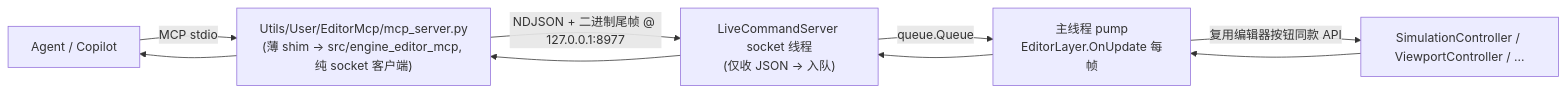
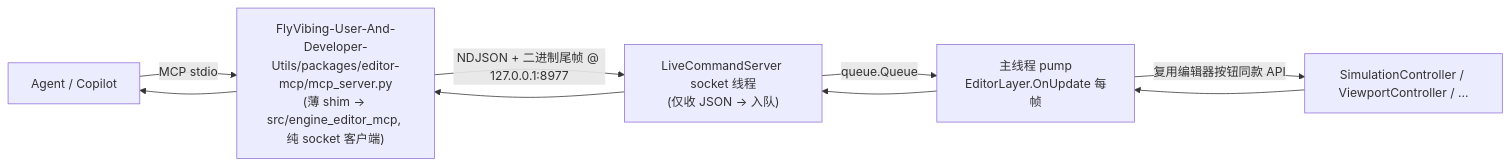
One commit to LeyeFang/FlyVibing-Engine changed the diagram in Doc/Dev/editor_live_protocol.md. Above: the diagram before and after it, drawn with Mermaid. The commit also changed other lines of this file and 59 other files, not shown here.

First line of the commit message:
Externalize user & developer toolchain to FlyVibing-User-And-Developer-Utils

````diff
--- a/Doc/Dev/editor_live_protocol.md
+++ b/Doc/Dev/editor_live_protocol.md
@@ -12,8 +12,8 @@
 ```mermaid
 flowchart LR
-    A[Agent / Copilot] -- "MCP stdio" --> B["Utils/User/EditorMcp/mcp_server.py<br/>(薄 shim → src/engine_editor_mcp, 纯 socket 客户端)"]
+    A[Agent / Copilot] -- "MCP stdio" --> B["FlyVibing-User-And-Developer-Utils/packages/editor-mcp/mcp_server.py<br/>(薄 shim → src/engine_editor_mcp, 纯 socket 客户端)"]
     B -- "NDJSON + 二进制尾帧 @ 127.0.0.1:8977" --> C["LiveCommandServer socket 线程<br/>(仅收 JSON → 入队)"]
     C -- "queue.Queue" --> D["主线程 pump<br/>EditorLayer.OnUpdate 每帧"]
     D -- "复用编辑器按钮同款 API" --> E["SimulationController / ViewportController / ..."]
     E --> D --> C --> B --> A
 ```
````
